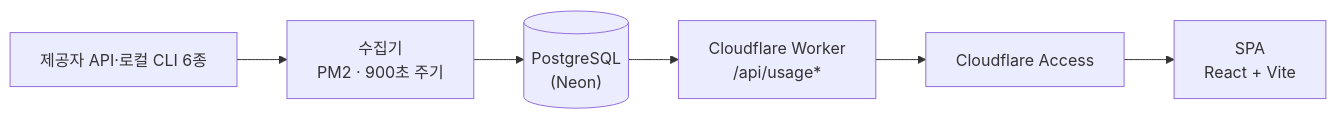
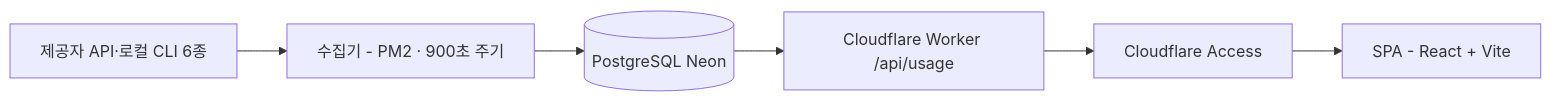
One commit to qus0in-factory/zzik changed the diagram in README.md. Above: the diagram before and after it, drawn with Mermaid. The commit also changed other lines of this file and 2 other files, not shown here.

Commit message:
docs: README 스크린샷 추가·mermaid 수정

````diff
--- a/README.md
+++ b/README.md
@@ -19,8 +22,8 @@
 ```mermaid
 flowchart LR
-  providers["제공자 API·로컬 CLI 6종"] --> collector["수집기<br/>PM2 · 900초 주기"]
-  collector --> db[("PostgreSQL<br/>(Neon)")]
-  db --> worker["Cloudflare Worker<br/>/api/usage*"]
+  providers["제공자 API·로컬 CLI 6종"] --> collector["수집기 - PM2 · 900초 주기"]
+  collector --> db[("PostgreSQL Neon")]
+  db --> worker["Cloudflare Worker /api/usage"]
   worker --> access["Cloudflare Access"]
-  access --> spa["SPA<br/>React + Vite"]
+  access --> spa["SPA - React + Vite"]
 ```
````
